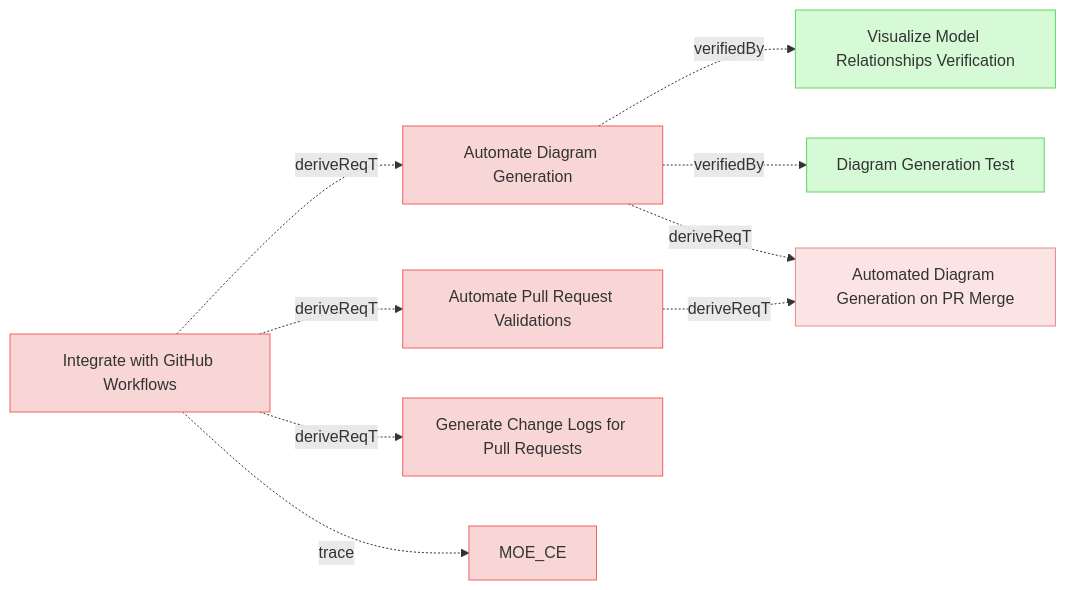
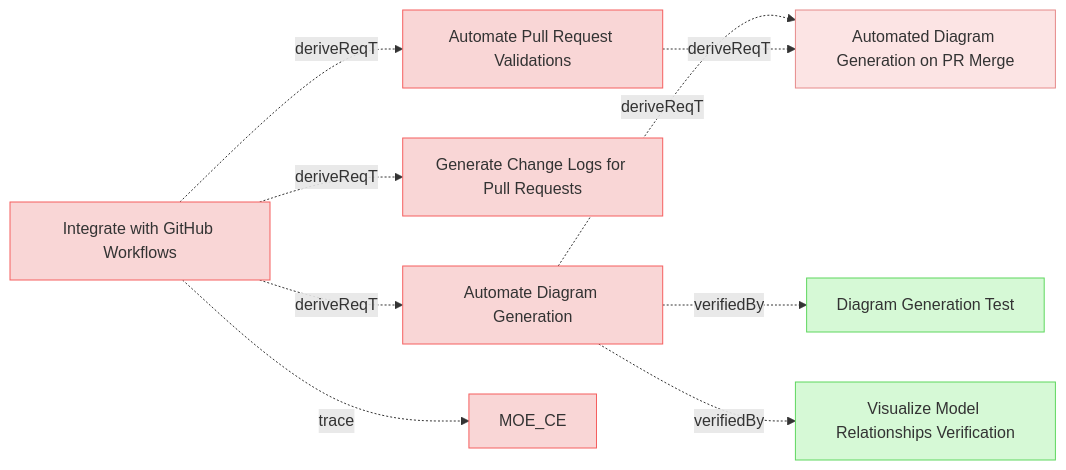
Before and after one commit to reqvire-org/reqvire: the fourth of 9 diagrams in specifications/UserRequirements.md, drawn with Mermaid. The commit also changed other lines of this file and 81 other files, not shown here.

````diff
--- a/specifications/UserRequirements.md
+++ b/specifications/UserRequirements.md
@@ -532,42 +532,42 @@
 ```mermaid
 graph LR;
   %% REQVIRE-AUTOGENERATED-DIAGRAM
   %% Graph styling
   classDef userRequirement fill:#f9d6d6,stroke:#f55f5f,stroke-width:1px;
   classDef systemRequirement fill:#fce4e4,stroke:#e68a8a,stroke-width:1px;
   classDef verification fill:#d6f9d6,stroke:#5fd75f,stroke-width:1px;
   classDef default fill:#f5f5f5,stroke:#333333,stroke-width:1px;
 
   98a581084d5542fa["Automate Diagram Generation"];
   class 98a581084d5542fa userRequirement;
   click 98a581084d5542fa "UserRequirements.md#automate-diagram-generation";
+  3e3df7ad427a88fa["Automated Diagram Generation on PR Merge"];
+  class 3e3df7ad427a88fa systemRequirement;
+  click 3e3df7ad427a88fa "SystemRequirements/Requirements.md#automated-diagram-generation-on-pr-merge";
+  98a581084d5542fa -.->|deriveReqT| 3e3df7ad427a88fa;
+  2d2cf67bb8070da8["Diagram Generation Test"];
+  class 2d2cf67bb8070da8 verification;
+  click 2d2cf67bb8070da8 "Verifications/DiagramsTests.md#diagram-generation-test";
+  98a581084d5542fa -.->|verifiedBy| 2d2cf67bb8070da8;
   de8ab093f22a5cd7["Visualize Model Relationships Verification"];
   class de8ab093f22a5cd7 verification;
   click de8ab093f22a5cd7 "Verifications/DiagramsTests.md#visualize-model-relationships-verification";
   98a581084d5542fa -.->|verifiedBy| de8ab093f22a5cd7;
-  2d2cf67bb8070da8["Diagram Generation Test"];
-  class 2d2cf67bb8070da8 verification;
-  click 2d2cf67bb8070da8 "Verifications/DiagramsTests.md#diagram-generation-test";
-  98a581084d5542fa -.->|verifiedBy| 2d2cf67bb8070da8;
-  3e3df7ad427a88fa["Automated Diagram Generation on PR Merge"];
-  class 3e3df7ad427a88fa systemRequirement;
-  click 3e3df7ad427a88fa "SystemRequirements/Requirements.md#automated-diagram-generation-on-pr-merge";
-  98a581084d5542fa -.->|deriveReqT| 3e3df7ad427a88fa;
+  672b444a568468b8["Generate Change Logs for Pull Requests"];
+  class 672b444a568468b8 userRequirement;
+  click 672b444a568468b8 "UserRequirements.md#generate-change-logs-for-pull-requests";
   15f2f511b2399406["Automate Pull Request Validations"];
   class 15f2f511b2399406 userRequirement;
   click 15f2f511b2399406 "UserRequirements.md#automate-pull-request-validations";
   15f2f511b2399406 -.->|deriveReqT| 3e3df7ad427a88fa;
-  672b444a568468b8["Generate Change Logs for Pull Requests"];
-  class 672b444a568468b8 userRequirement;
-  click 672b444a568468b8 "UserRequirements.md#generate-change-logs-for-pull-requests";
   98eaeddc27f99e11["Integrate with GitHub Workflows"];
   class 98eaeddc27f99e11 userRequirement;
   click 98eaeddc27f99e11 "UserStories.md#integrate-with-github-workflows";
   e9ad540a6411a0fc["MOE_CE"];
   class e9ad540a6411a0fc userRequirement;
   click e9ad540a6411a0fc "MOEs.md#moe_ce";
   98eaeddc27f99e11 -.->|trace| e9ad540a6411a0fc;
   98eaeddc27f99e11 -.->|deriveReqT| 98a581084d5542fa;
+  98eaeddc27f99e11 -.->|deriveReqT| 672b444a568468b8;
   98eaeddc27f99e11 -.->|deriveReqT| 15f2f511b2399406;
-  98eaeddc27f99e11 -.->|deriveReqT| 672b444a568468b8;
 ```
````
